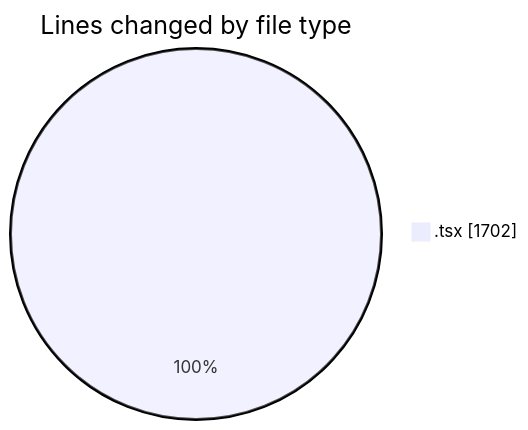
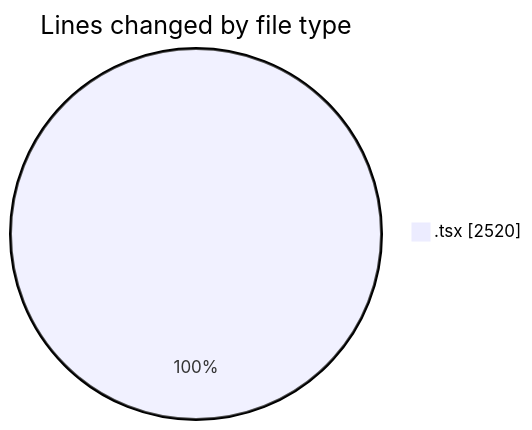
One commit to nxtqubesakshisongat/code-tracking changed the first of 2 diagrams in 2026-03-14/nxtqube_webapp/README.md. Above: the diagram before and after it, drawn with Mermaid. The commit also changed other lines of this file and 1 other file, not shown here.

````diff
--- a/2026-03-14/nxtqube_webapp/README.md
+++ b/2026-03-14/nxtqube_webapp/README.md
@@ -20,5 +21,5 @@
 ```mermaid
 pie showData
 title Lines changed by file type
-".tsx" : 1702
+".tsx" : 2520
 ```
````
